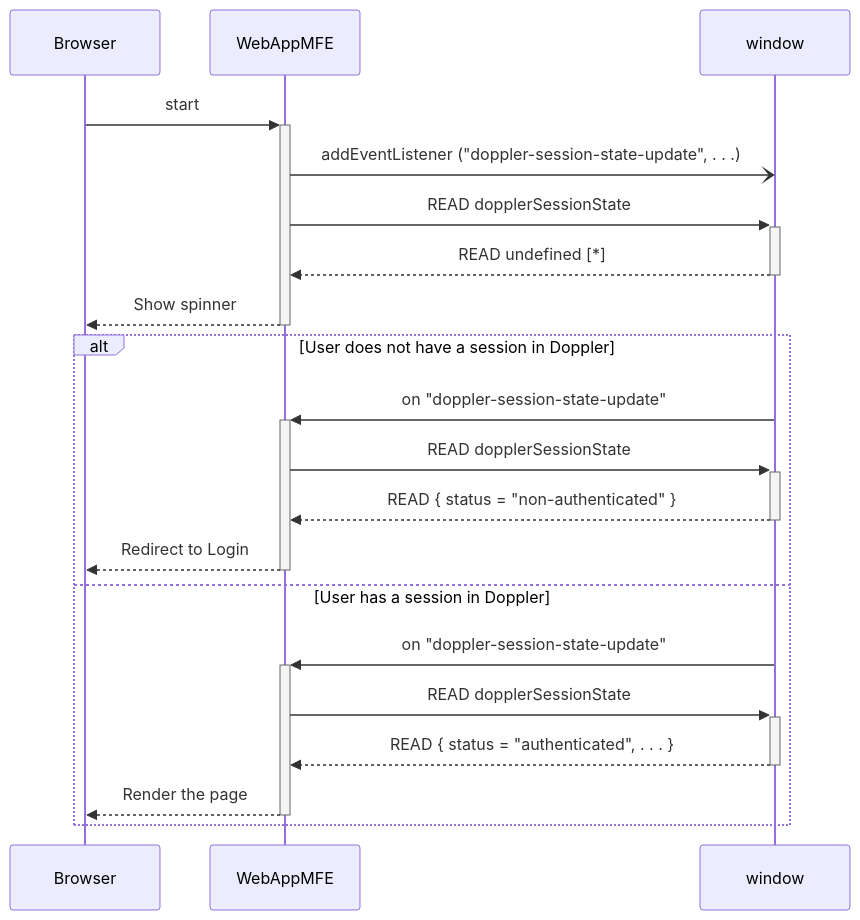
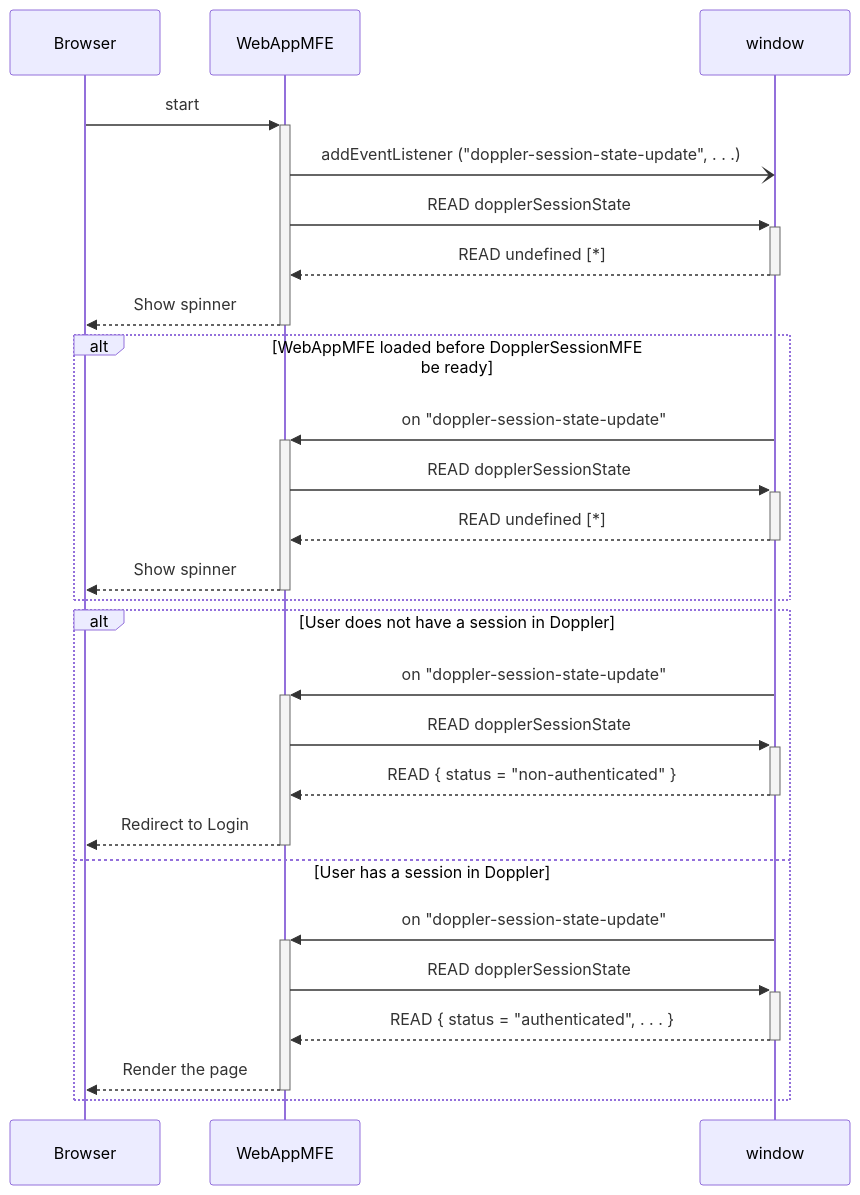
The second of 2 diagrams in README.md (FromDoppler/doppler-session-mfe), drawn with Mermaid before and after one commit. The commit also changed other lines of this file and 2 other files, not shown here.

Commit message:
fix: restore unknown status while session monitor initialization

````diff
--- a/README.md
+++ b/README.md
@@ -47,24 +49,29 @@
 ```mermaid
 sequenceDiagram
   participant Browser
   participant WebAppMFE
   participant window
 
   Browser->>+WebAppMFE: start
   WebAppMFE-)window: addEventListener ("doppler-session-state-update", . . .)
   WebAppMFE->>+window: READ dopplerSessionState
   window-->>-WebAppMFE: READ undefined [*]
   WebAppMFE-->>-Browser: Show spinner
-
+  alt WebAppMFE loaded before DopplerSessionMFE be ready
+    window->>+WebAppMFE: on "doppler-session-state-update"
+    WebAppMFE->>+window: READ dopplerSessionState
+    window-->>-WebAppMFE: READ undefined [*]
+    WebAppMFE-->>-Browser: Show spinner
+  end
   alt User does not have a session in Doppler
     window->>+WebAppMFE: on "doppler-session-state-update"
     WebAppMFE->>+window: READ dopplerSessionState
     window-->>-WebAppMFE: READ { status = "non-authenticated" }
     WebAppMFE-->>-Browser: Redirect to Login
   else User has a session in Doppler
     window->>+WebAppMFE: on "doppler-session-state-update"
     WebAppMFE->>+window: READ dopplerSessionState
     window-->>-WebAppMFE: READ { status = "authenticated", . . . }
     WebAppMFE-->>-Browser: Render the page
   end
 ```
````
